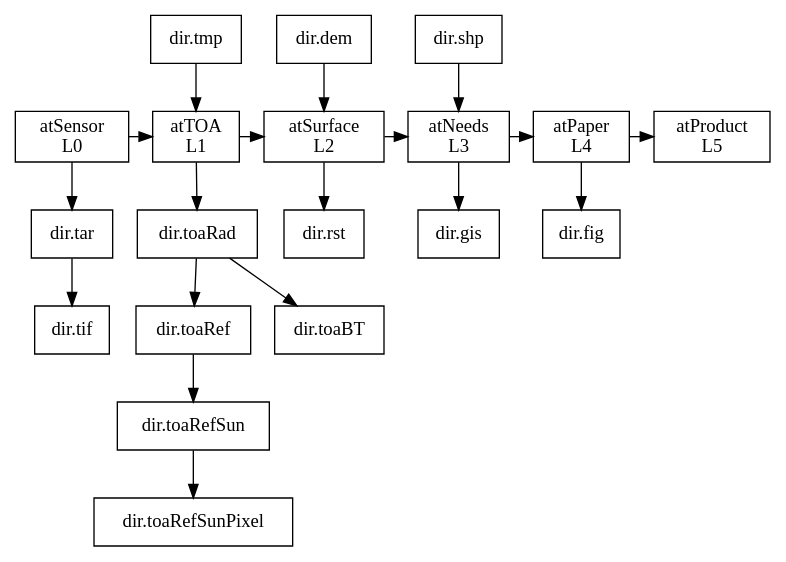
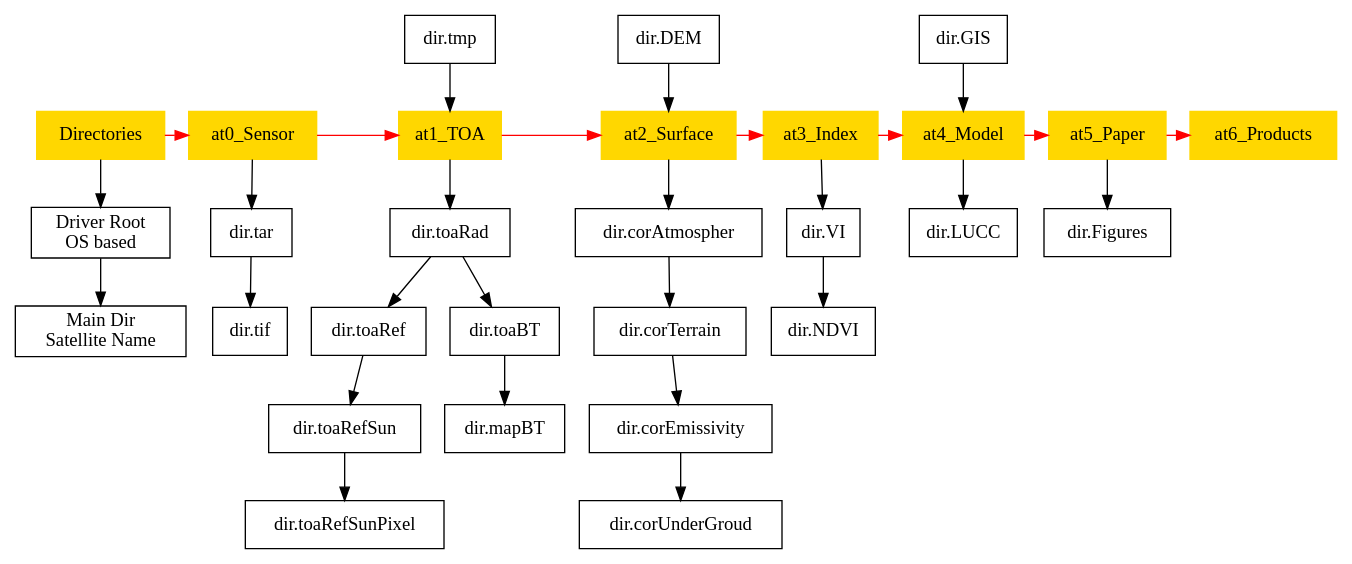
Before and after one commit to bwtian/TIR: the diagram in paper/TIR.dot, drawn with Graphviz. The commit also changed 4 other files, not shown here.

```diff
--- a/paper/TIR.dot
+++ b/paper/TIR.dot
@@ -1,18 +1,25 @@
 
 digraph {
 node [shape = box]
-L0 [label = "atSensor \n L0"]
-L1 [label = "atTOA \n L1"]
-L2 [label = "atSurface \n L2"]
-L3 [label = "atNeeds\n L3"]
-L4 [label = "atPaper\n L4"]
-L5 [label = "atProduct\n L5"]
-L0 -> L1 -> L2 -> L3 -> L4 -> L5
-{rank =same; L0, L1,L2,L3,L4,L5}
+dir [label = "Directories"]
+driver [label = "Driver Root \n OS based"]
+satellite [label = "Main Dir \n Satellite Name"]
+L0 [label = "at0_Sensor"]
+L1 [label = "at1_TOA"]
+L2 [label = "at2_Surface"]
+L3 [label = "at3_Index"]
+L4 [label = "at4_Model"]
+L5 [label = "at5_Paper"]
+L6 [label = "at6_Products"]
+dir -> L0 -> L1 -> L2 -> L3 -> L4 -> L5 -> L6 [color = red]
+{rank =same; dir, L0, L1, L2, L3, L4, L5, L6 [style = filled, color = gold]}
+dir -> "driver" -> "satellite"
 L0 -> "dir.tar" -> "dir.tif"
 "dir.tmp" -> L1 -> "dir.toaRad" -> {"dir.toaRef","dir.toaBT"}
 "dir.toaRef" -> "dir.toaRefSun" -> "dir.toaRefSunPixel"
-"dir.dem" -> L2 -> "dir.rst"
-"dir.shp" -> L3 -> "dir.gis"
-L4 -> "dir.fig"
+"dir.toaBT" -> "dir.mapBT"
+"dir.DEM" -> L2 -> "dir.corAtmospher" -> "dir.corTerrain" -> "dir.corEmissivity" -> "dir.corUnderGroud"
+ L3 -> "dir.VI" -> "dir.NDVI"
+"dir.GIS" -> L4 -> "dir.LUCC"
+ L5 -> "dir.Figures"
 }
```
